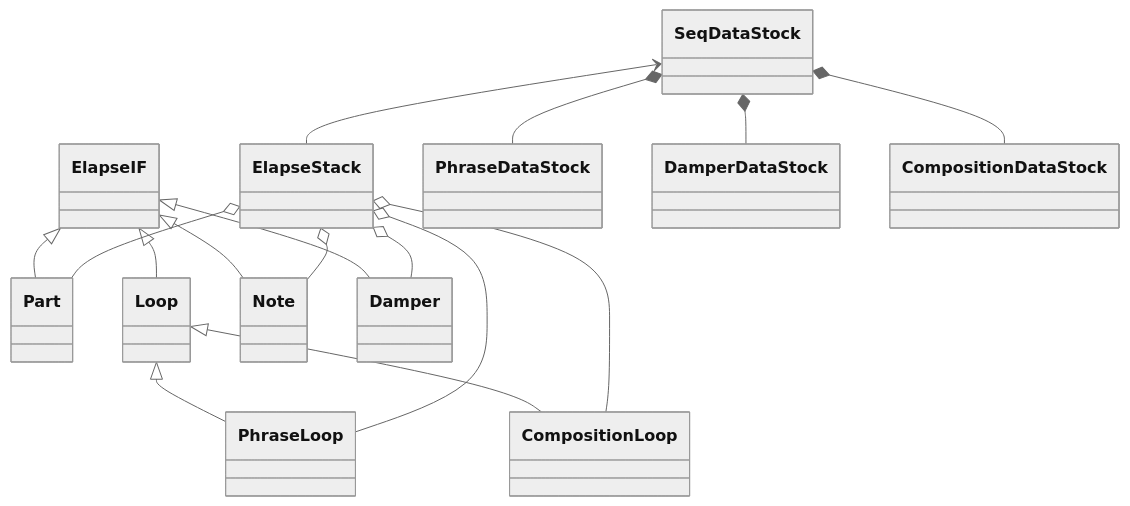
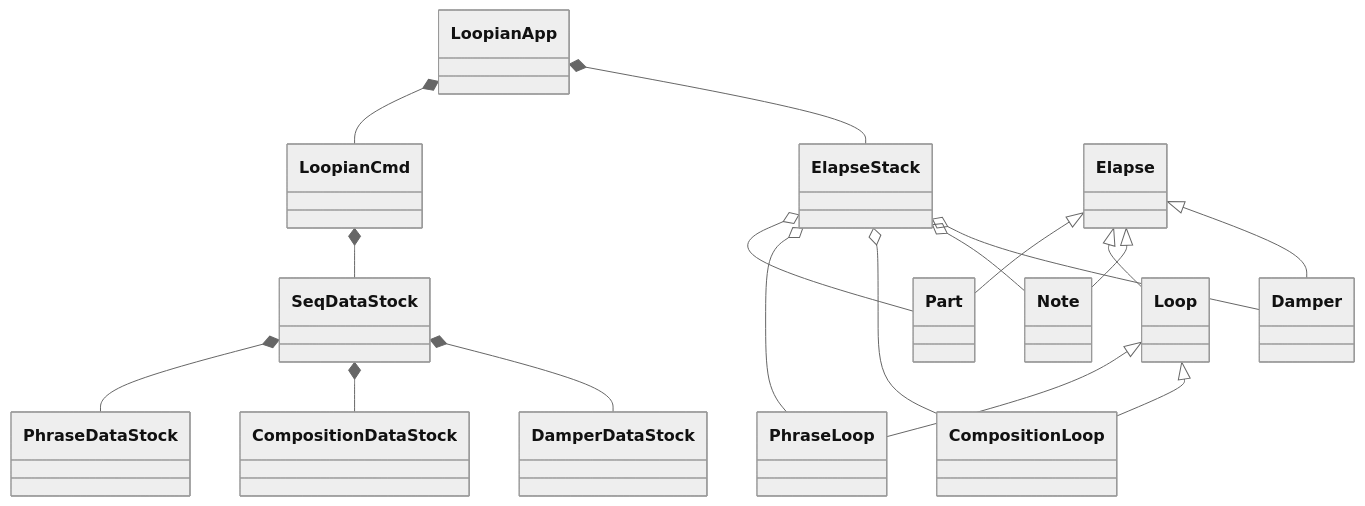
The diagram in doc/idea.md (hasebems/Loopian_Rust), drawn with Mermaid (neutral theme) before and after one commit. The commit also changed other lines of this file and 1 other file, not shown here.

````diff
--- a/doc/idea.md
+++ b/doc/idea.md
@@ -71,18 +71,20 @@
 ```mermaid
 classDiagram
-ElapseIF <|-- Part
-ElapseIF <|-- Loop
+LoopianApp *-- LoopianCmd
+LoopianApp *-- ElapseStack
+Elapse <|-- Part
+Elapse <|-- Loop
 Loop <|-- PhraseLoop
 Loop <|-- CompositionLoop
-ElapseIF <|-- Note
-ElapseIF <|-- Damper
+Elapse <|-- Note
+Elapse <|-- Damper
 ElapseStack o-- Part
 ElapseStack o-- PhraseLoop
 ElapseStack o-- CompositionLoop
 ElapseStack o-- Note
 ElapseStack o-- Damper
+LoopianCmd *-- SeqDataStock
 SeqDataStock *-- PhraseDataStock
+SeqDataStock *-- CompositionDataStock
 SeqDataStock *-- DamperDataStock
-SeqDataStock *-- CompositionDataStock
-SeqDataStock <-- ElapseStack
 ```
````
